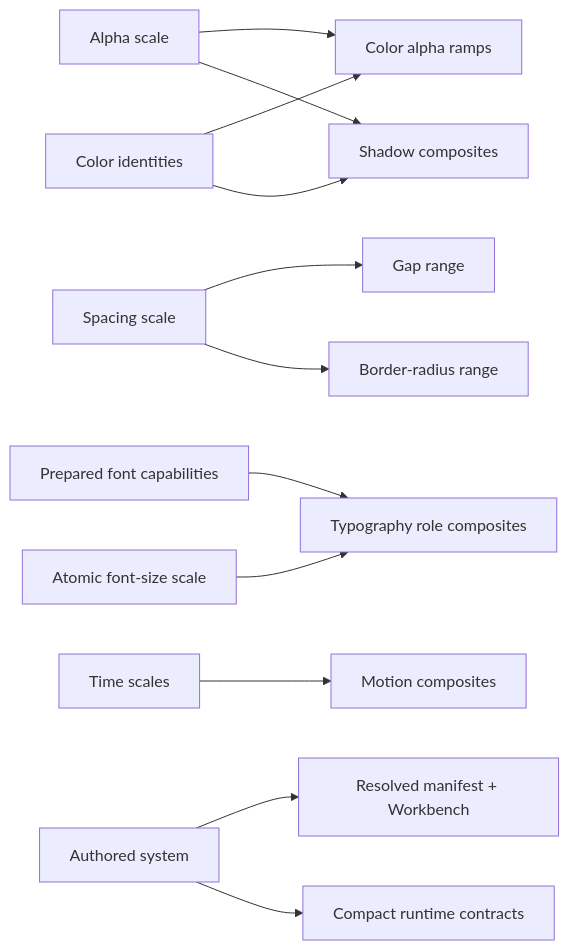
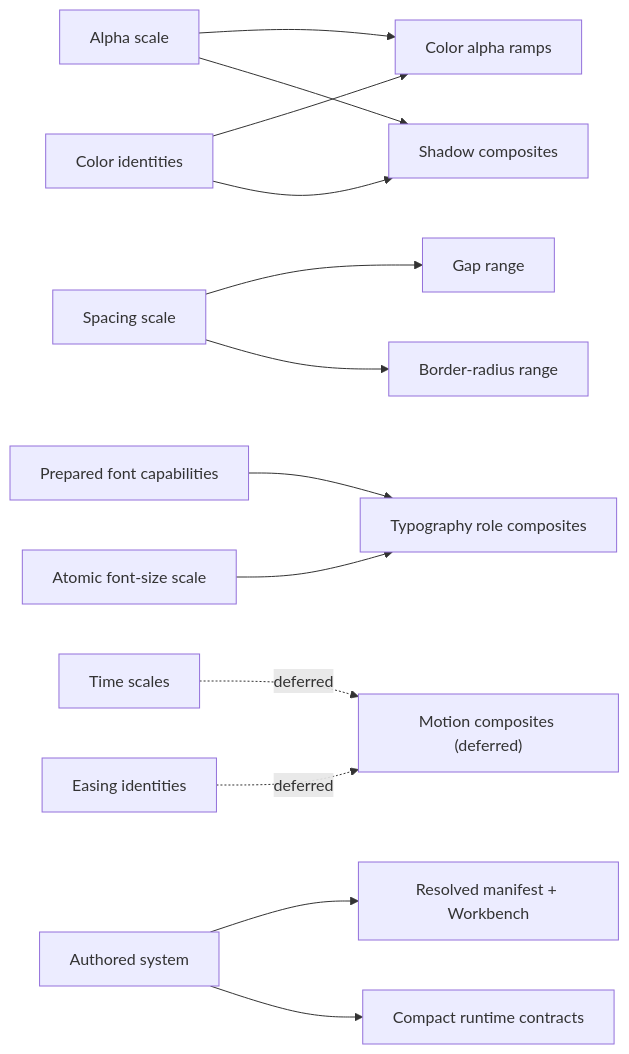
One commit to dick-jo/three-forma-styli changed the diagram in docs/founder-board.md. Above: the diagram before and after it, drawn with Mermaid. The commit also changed other lines of this file and 33 other files, not shown here.

````diff
--- a/docs/founder-board.md
+++ b/docs/founder-board.md
@@ -67,14 +208,15 @@
 ```mermaid
 flowchart LR
   alpha["Alpha scale"] --> colorRamp["Color alpha ramps"]
   color["Color identities"] --> colorRamp
   spacing["Spacing scale"] --> gap["Gap range"]
   spacing --> radius["Border-radius range"]
   fontFiles["Prepared font capabilities"] --> roles["Typography role composites"]
   fontSize["Atomic font-size scale"] --> roles
-  time["Time scales"] --> motion["Motion composites"]
+  time["Time scales"] -. deferred .-> motion["Motion composites (deferred)"]
+  easing["Easing identities"] -. deferred .-> motion
   color --> shadow["Shadow composites"]
   alpha --> shadow
   system["Authored system"] --> evidence["Resolved manifest + Workbench"]
   system --> contracts["Compact runtime contracts"]
 ```
````
